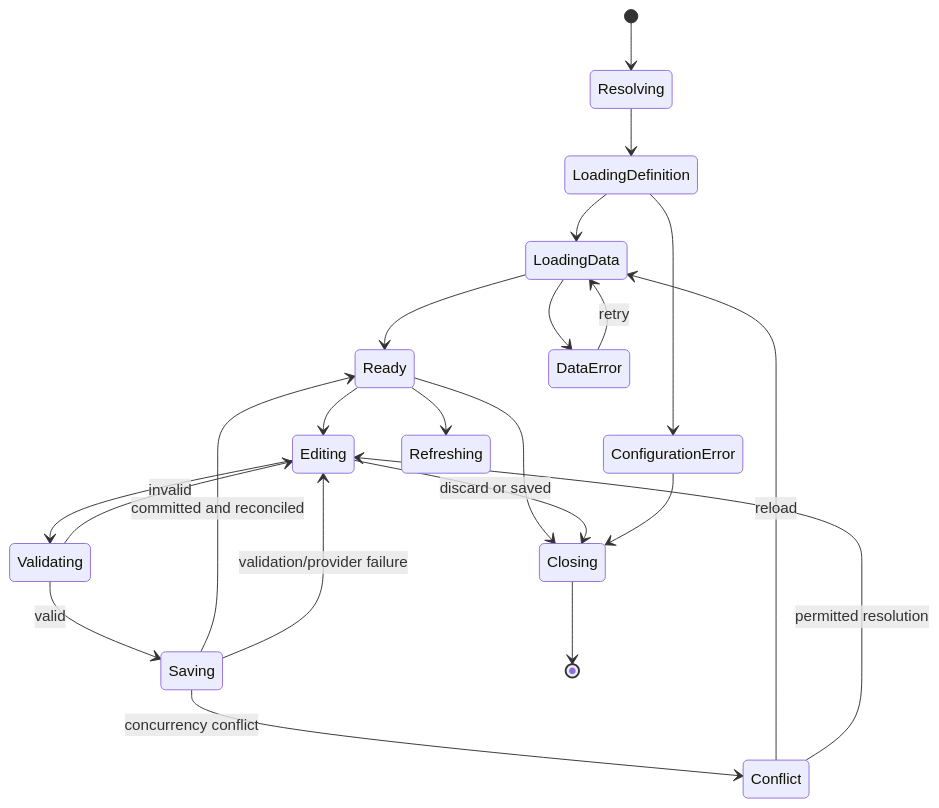
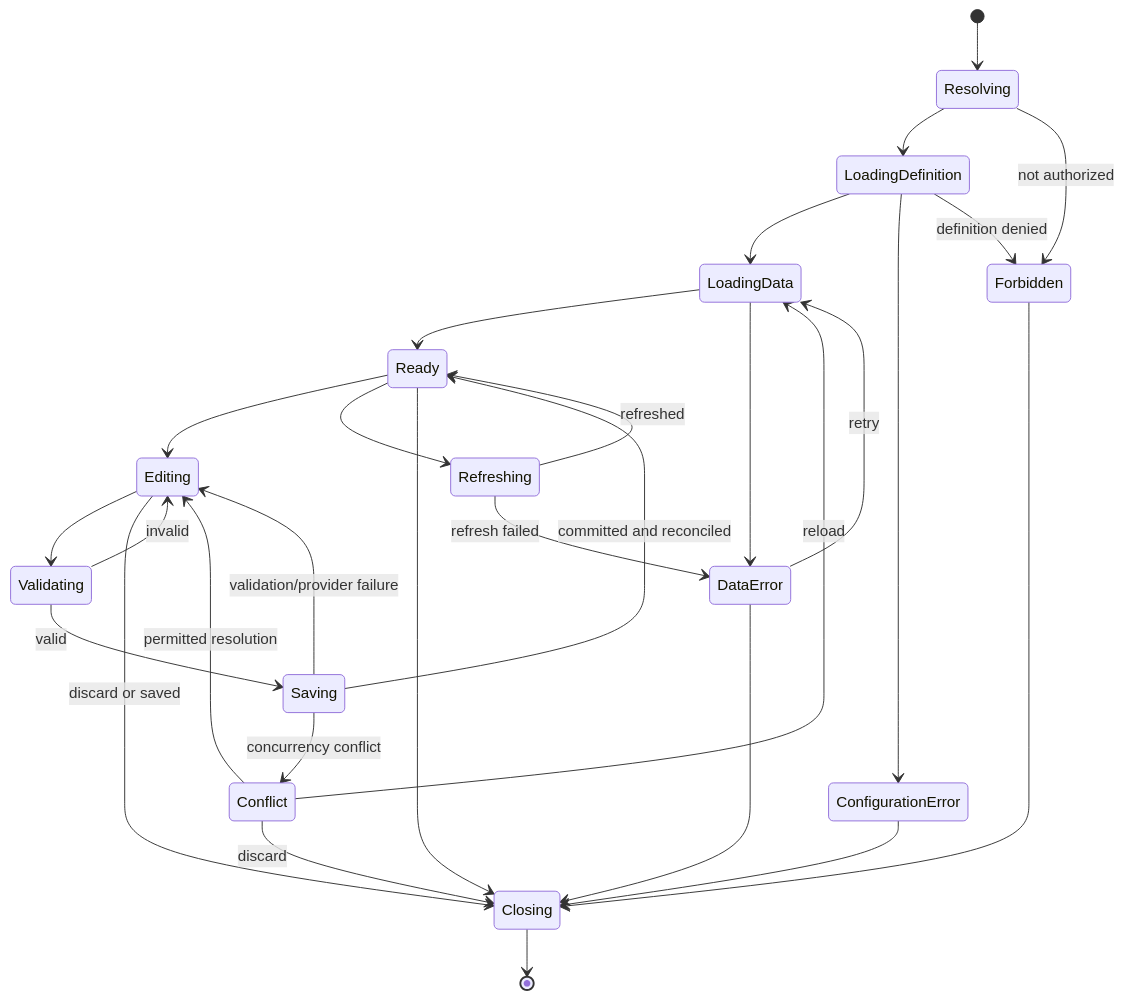
One commit to mraysmit/annper changed the third of 6 diagrams in docs/MODERN_WEB_SYSTEM_DESIGN.md. Above: the diagram before and after it, drawn with Mermaid. The commit also changed other lines of this file and 7 other files, not shown here.

````diff
--- a/docs/MODERN_WEB_SYSTEM_DESIGN.md
+++ b/docs/MODERN_WEB_SYSTEM_DESIGN.md
@@ -345,24 +403,31 @@
 ```mermaid
 stateDiagram-v2
     [*] --> Resolving
     Resolving --> LoadingDefinition
+    Resolving --> Forbidden: not authorized
     LoadingDefinition --> LoadingData
     LoadingDefinition --> ConfigurationError
+    LoadingDefinition --> Forbidden: definition denied
     LoadingData --> Ready
     LoadingData --> DataError
     Ready --> Editing
     Ready --> Refreshing
+    Refreshing --> Ready: refreshed
+    Refreshing --> DataError: refresh failed
     Editing --> Validating
     Validating --> Editing: invalid
     Validating --> Saving: valid
     Saving --> Ready: committed and reconciled
     Saving --> Conflict: concurrency conflict
     Saving --> Editing: validation/provider failure
     Conflict --> LoadingData: reload
     Conflict --> Editing: permitted resolution
+    Conflict --> Closing: discard
     Ready --> Closing
     Editing --> Closing: discard or saved
     ConfigurationError --> Closing
+    Forbidden --> Closing
     DataError --> LoadingData: retry
+    DataError --> Closing
     Closing --> [*]
 ```
````
